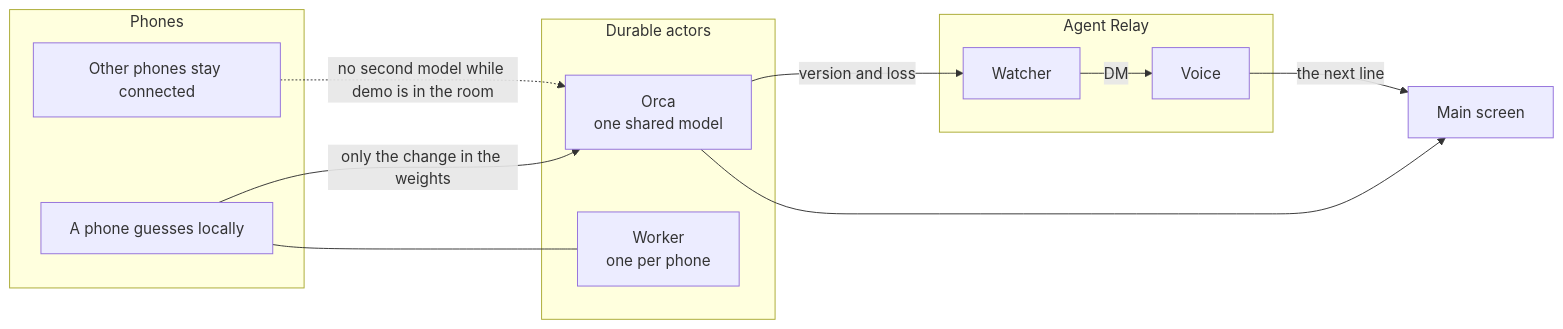
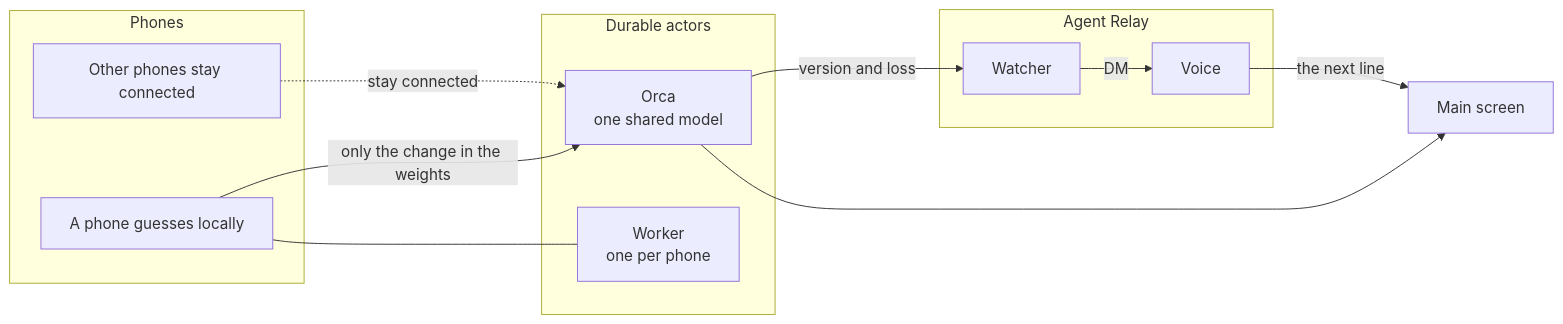
Before and after one commit to MarthalaSaiKavya/haunted_hacks: the first of 4 diagrams in README.md, drawn with Mermaid. The commit also changed other lines of this file and 1 other file, not shown here.

First line of the commit message:
Show the live Orca screen at the top of the README.

````diff
--- a/README.md
+++ b/README.md
@@ -11,27 +15,27 @@
 ```mermaid
 flowchart LR
   subgraph phones [Phones]
     P1[A phone guesses locally]
     P2[Other phones stay connected]
   end
 
   P1 -->|only the change in the weights| Orca
-  P2 -.->|no second model while demo is in the room| Orca
+  P2 -.->|stay connected| Orca
 
   subgraph actors [Durable actors]
     Orca[Orca\none shared model]
     W1[Worker\none per phone]
   end
 
   P1 --- W1
   Orca --> Screen[Main screen]
 
   subgraph relay [Agent Relay]
     Watcher[Watcher]
     Voice[Voice]
   end
 
   Orca -->|version and loss| Watcher
   Watcher -->|DM| Voice
   Voice -->|the next line| Screen
 ```
````
